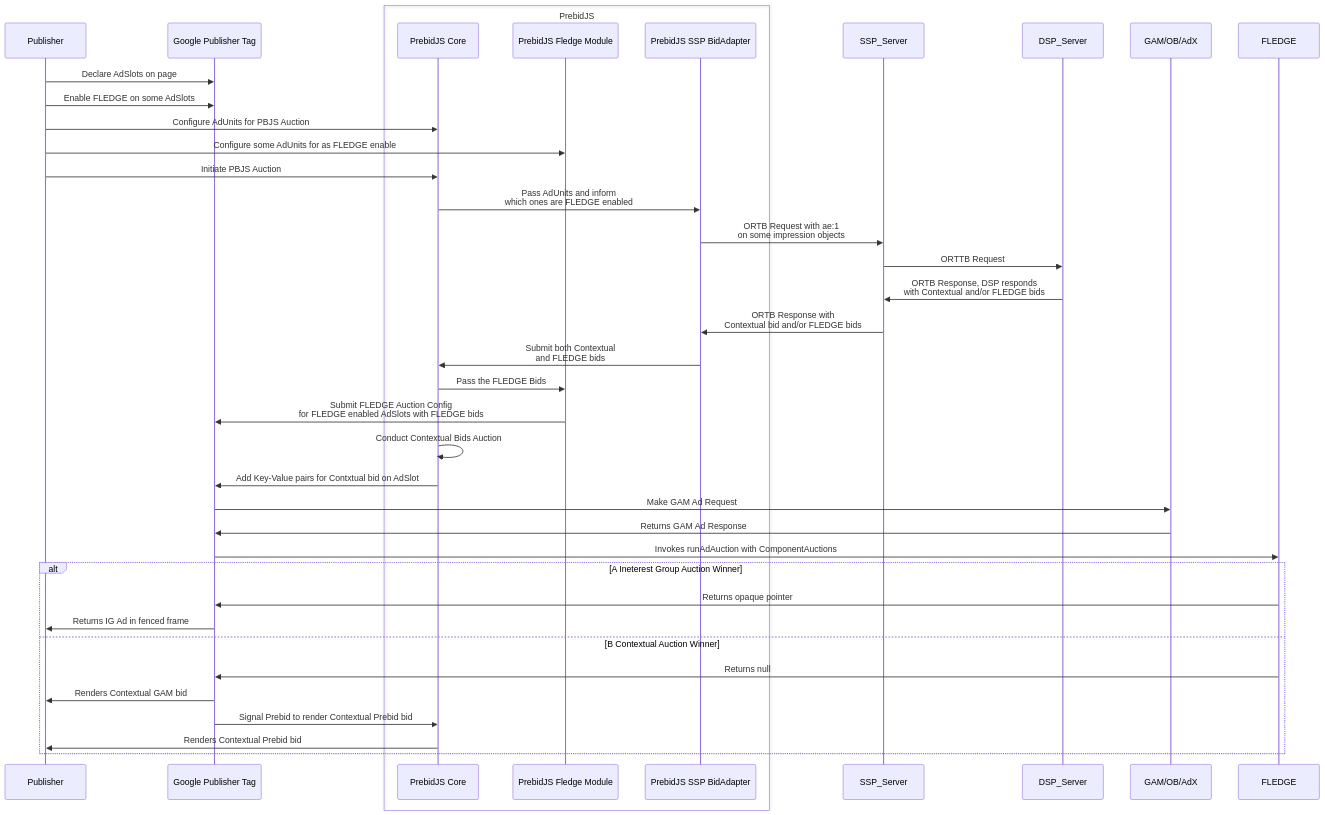
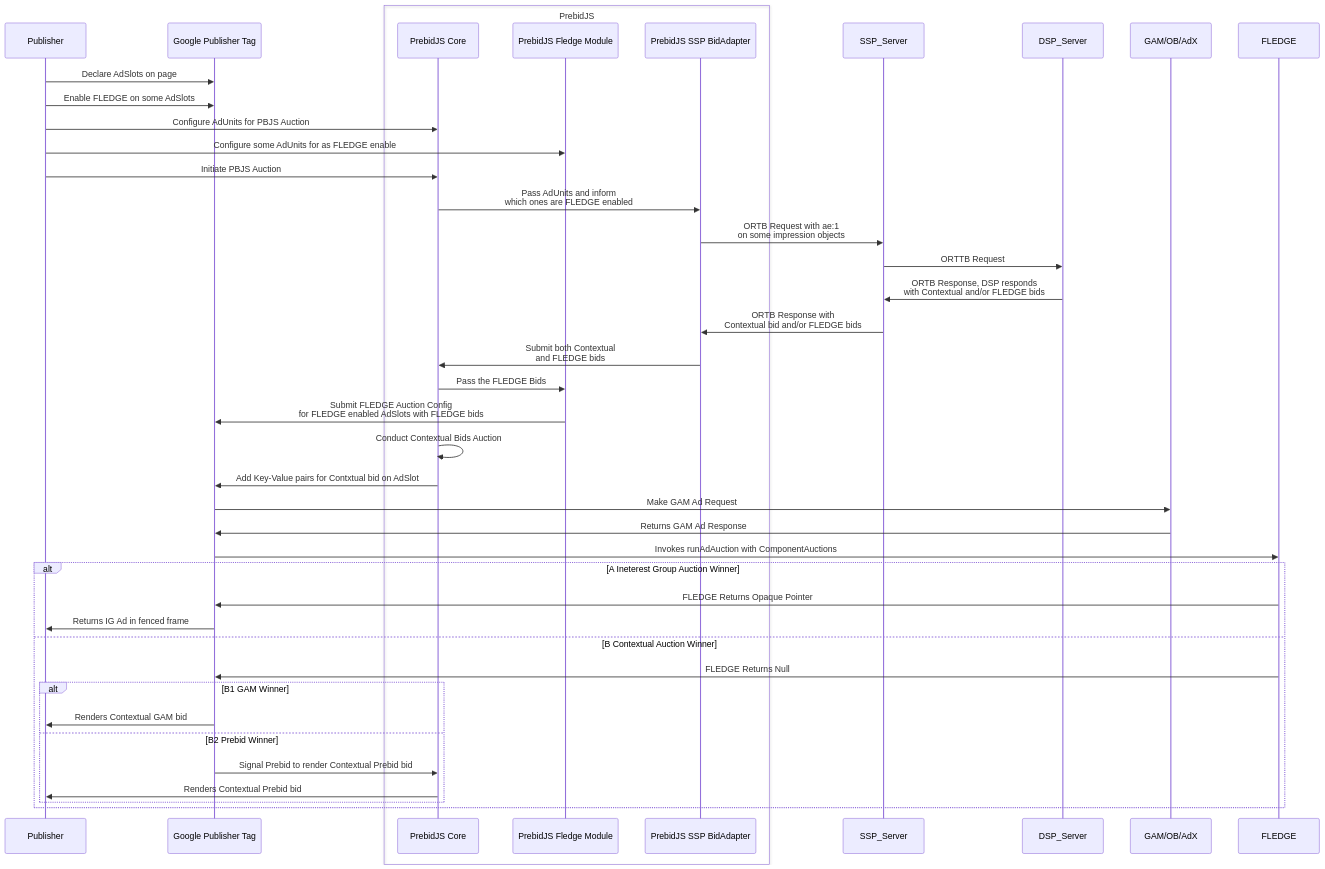
The diagram in FLEDGE.md (pm-harshad-mane/Diagrams), drawn with Mermaid before and after one commit.

````diff
--- a/FLEDGE.md
+++ b/FLEDGE.md
@@ -3,42 +3,45 @@
 ```mermaid
 sequenceDiagram
     participant Pub as Publisher
     participant GPT as Google Publisher Tag
     box PrebidJS
     participant PBJS as PrebidJS Core
     participant PBJS_FLEDGE as PrebidJS Fledge Module
     participant SSP_PBJS as PrebidJS SSP BidAdapter
     end
     participant SSP_Server
     participant DSP_Server
     participant GAM as GAM/OB/AdX
     Participant FLEDGE
 
     Pub->>GPT: Declare AdSlots on page
     Pub->>GPT: Enable FLEDGE on some AdSlots
     Pub->>PBJS: Configure AdUnits for PBJS Auction
     Pub->>PBJS_FLEDGE: Configure some AdUnits for as FLEDGE enable
     Pub->>PBJS: Initiate PBJS Auction
     PBJS->>SSP_PBJS: Pass AdUnits and inform <br/> which ones are FLEDGE enabled
     SSP_PBJS->>SSP_Server: ORTB Request with ae:1 <br/>  on some impression objects
     SSP_Server->>DSP_Server: ORTTB Request
     DSP_Server->>SSP_Server: ORTB Response, DSP responds <br/> with Contextual and/or FLEDGE bids
     SSP_Server->>SSP_PBJS: ORTB Response with <br/> Contextual bid and/or FLEDGE bids
     SSP_PBJS->>PBJS: Submit both Contextual <br/> and FLEDGE bids
     PBJS->>PBJS_FLEDGE: Pass the FLEDGE Bids
     PBJS_FLEDGE->>GPT: Submit FLEDGE Auction Config <br/> for FLEDGE enabled AdSlots with FLEDGE bids
     PBJS->>PBJS: Conduct Contextual Bids Auction
     PBJS->>GPT: Add Key-Value pairs for Contxtual bid on AdSlot
     GPT->>GAM: Make GAM Ad Request
     GAM->>GPT: Returns GAM Ad Response
     GPT->>FLEDGE: Invokes runAdAuction with ComponentAuctions
     alt A Ineterest Group Auction Winner
-        FLEDGE->>GPT: Returns opaque pointer
+        FLEDGE->>GPT: FLEDGE Returns Opaque Pointer
         GPT->>Pub: Returns IG Ad in fenced frame
     else B Contextual Auction Winner    
-        FLEDGE->>GPT: Returns null
-        GPT->>Pub: Renders Contextual GAM bid
-        GPT->>PBJS: Signal Prebid to render Contextual Prebid bid
-        PBJS->>Pub: Renders Contextual Prebid bid
+        FLEDGE->>GPT: FLEDGE Returns Null
+        alt B1 GAM Winner
+            GPT->>Pub: Renders Contextual GAM bid
+        else B2 Prebid Winner    
+            GPT->>PBJS: Signal Prebid to render Contextual Prebid bid
+            PBJS->>Pub: Renders Contextual Prebid bid
+        end    
     end    
 ```
````
